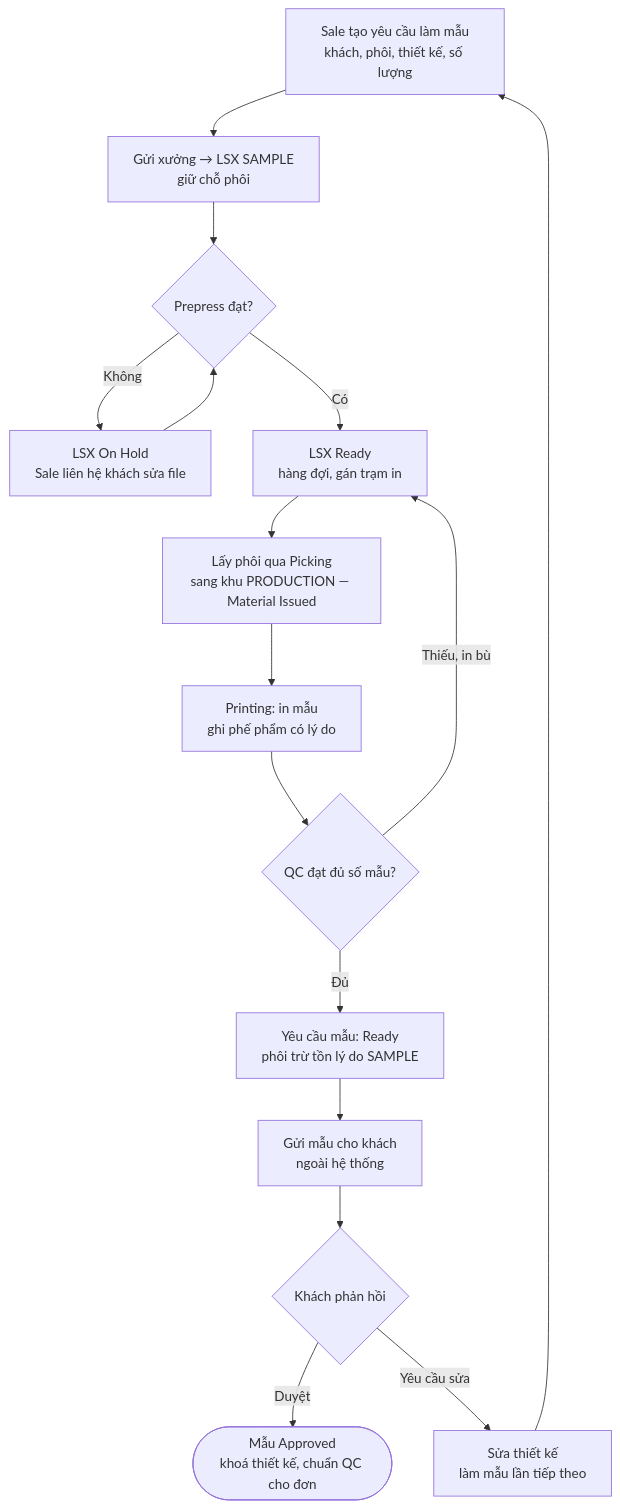
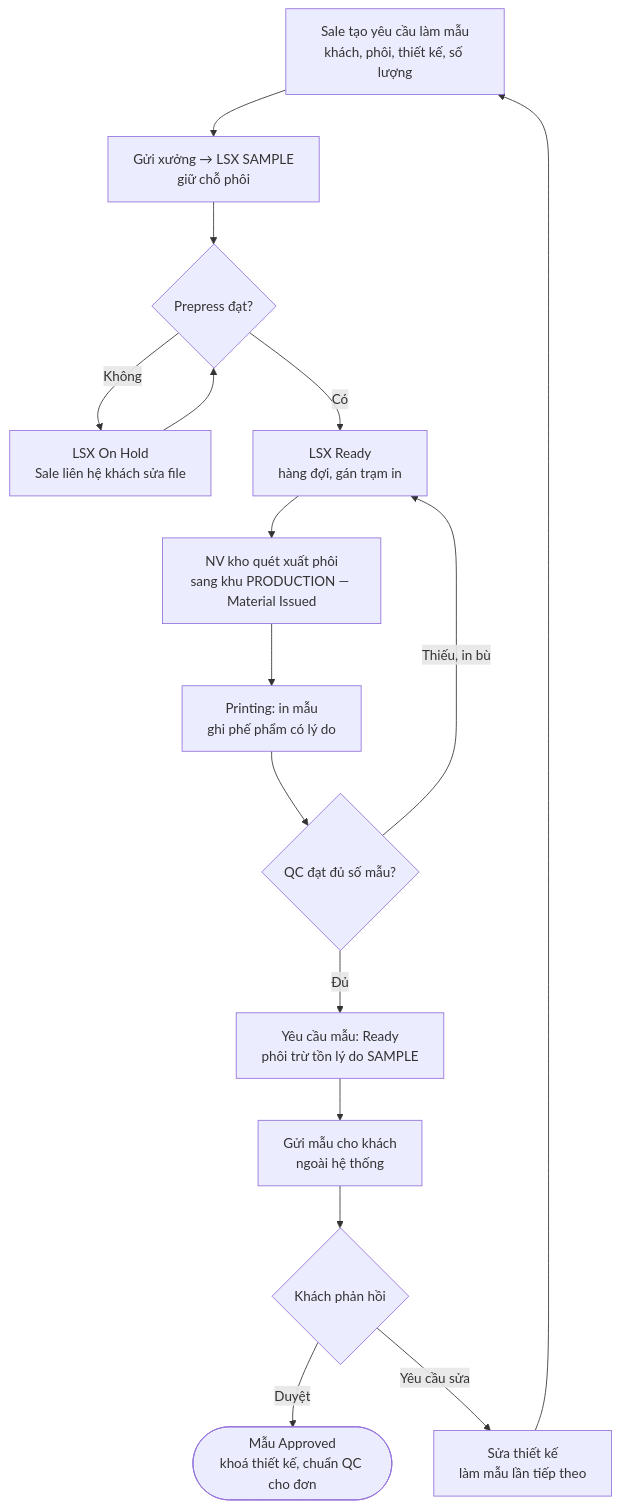
Diagram 11 of 12 in docs/diagrams/README.md (KLTN-FA26/docs), drawn with Mermaid before and after one commit. The commit also changed other lines of this file and 10 other files, not shown here.

````diff
--- a/docs/diagrams/README.md
+++ b/docs/diagrams/README.md
@@ -474,18 +472,18 @@
 ```mermaid
 flowchart TD
     REQ[Sale tạo yêu cầu làm mẫu\nkhách, phôi, thiết kế, số lượng] --> SUB[Gửi xưởng → LSX SAMPLE\ngiữ chỗ phôi]
     SUB --> PRE{Prepress đạt?}
     PRE -- Không --> HOLD[LSX On Hold\nSale liên hệ khách sửa file]
     HOLD --> PRE
     PRE -- Có --> RDY[LSX Ready\nhàng đợi, gán trạm in]
-    RDY --> ISSUE[Lấy phôi qua Picking\nsang khu PRODUCTION — Material Issued]
+    RDY --> ISSUE[NV kho quét xuất phôi\nsang khu PRODUCTION — Material Issued]
     ISSUE --> PRINT[Printing: in mẫu\nghi phế phẩm có lý do]
     PRINT --> QC{QC đạt đủ số mẫu?}
     QC -- Thiếu, in bù --> RDY
     QC -- Đủ --> READY[Yêu cầu mẫu: Ready\nphôi trừ tồn lý do SAMPLE]
     READY --> SENT[Gửi mẫu cho khách\nngoài hệ thống]
     SENT --> FB{Khách phản hồi}
     FB -- Duyệt --> APPROVED([Mẫu Approved\nkhoá thiết kế, chuẩn QC cho đơn])
     FB -- Yêu cầu sửa --> REV[Sửa thiết kế\nlàm mẫu lần tiếp theo]
     REV --> REQ
 ```
````
